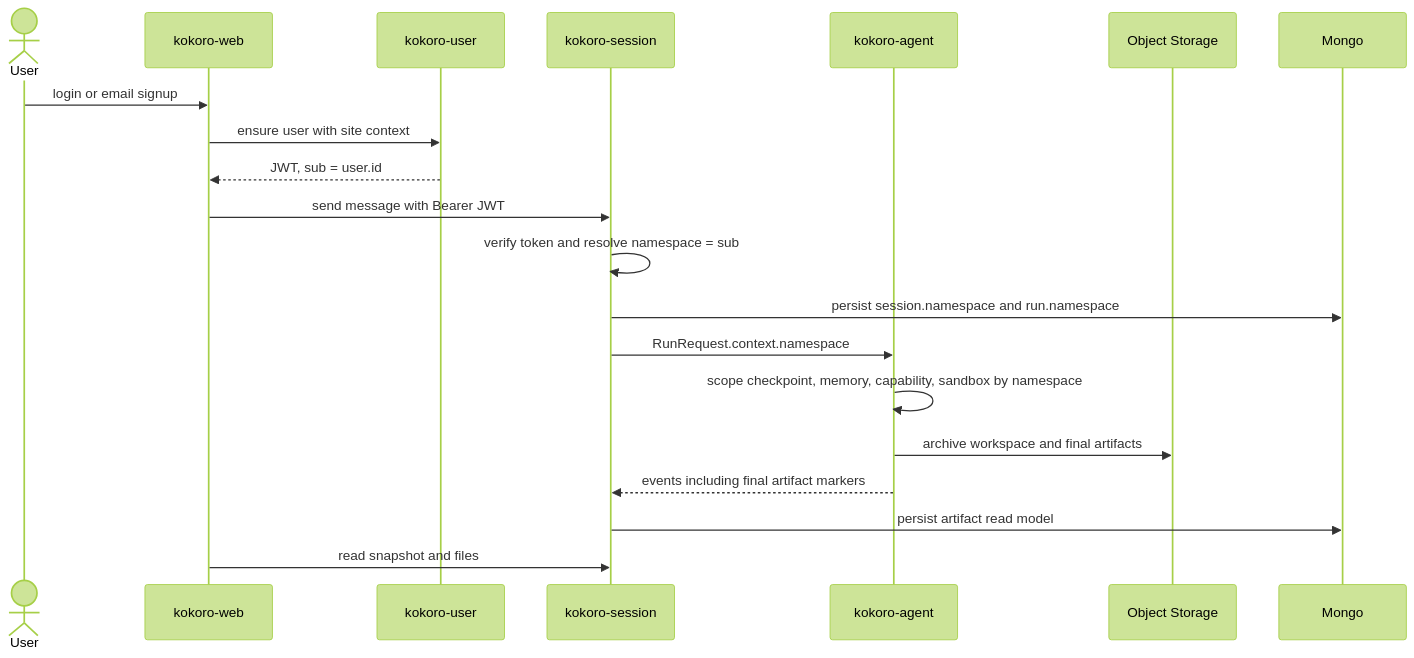
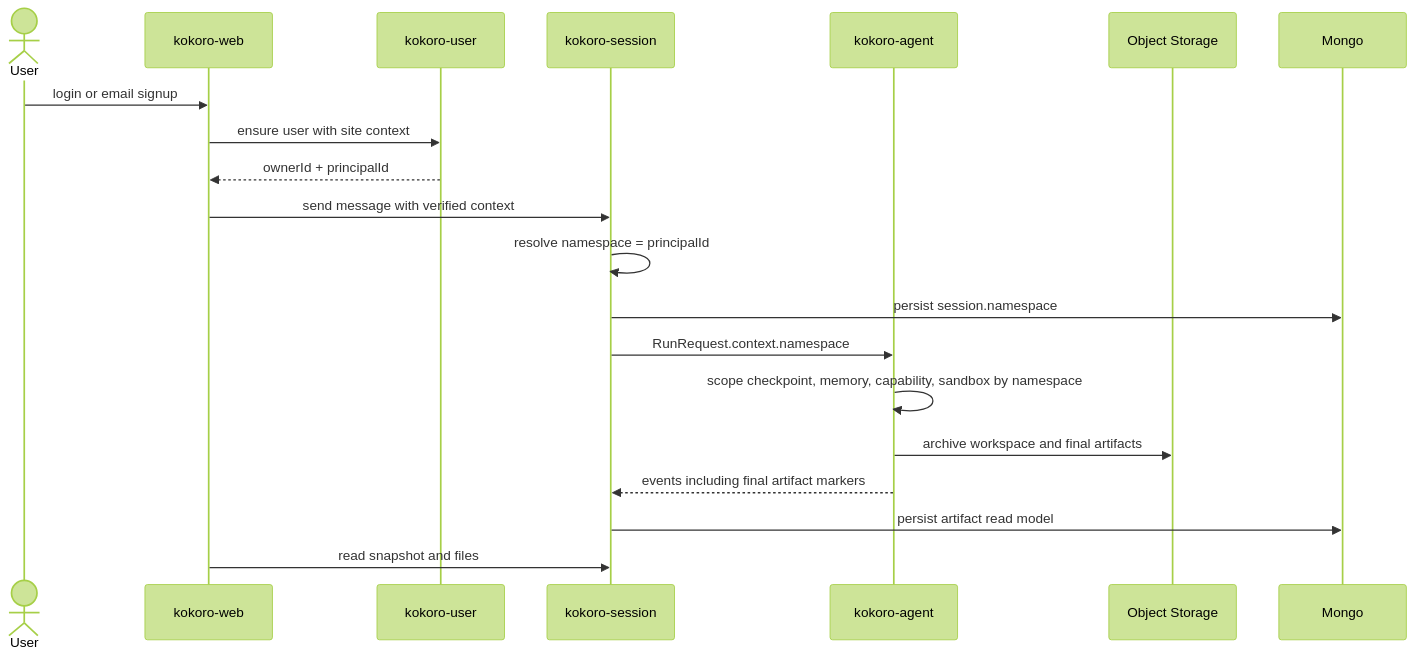
One commit to LordFoxFairy/Kokoro changed the diagram in docs/handoffs/2026-07-07-runtime-buildout-next-handoff.md. Above: the diagram before and after it, drawn with Mermaid (forest theme). The commit also changed other lines of this file and 6 other files, not shown here.

````diff
--- a/docs/handoffs/2026-07-07-runtime-buildout-next-handoff.md
+++ b/docs/handoffs/2026-07-07-runtime-buildout-next-handoff.md
@@ -22,23 +34,23 @@
 ```mermaid
 sequenceDiagram
   actor U as User
   participant W as kokoro-web
   participant KU as kokoro-user
   participant S as kokoro-session
   participant A as kokoro-agent
   participant O as Object Storage
   participant M as Mongo
 
   U->>W: login or email signup
   W->>KU: ensure user with site context
-  KU-->>W: JWT, sub = user.id
-  W->>S: send message with Bearer JWT
-  S->>S: verify token and resolve namespace = sub
-  S->>M: persist session.namespace and run.namespace
+  KU-->>W: ownerId + principalId
+  W->>S: send message with verified context
+  S->>S: resolve namespace = principalId
+  S->>M: persist session.namespace
   S->>A: RunRequest.context.namespace
   A->>A: scope checkpoint, memory, capability, sandbox by namespace
   A->>O: archive workspace and final artifacts
   A-->>S: events including final artifact markers
   S->>M: persist artifact read model
   W->>S: read snapshot and files
 ```
````
